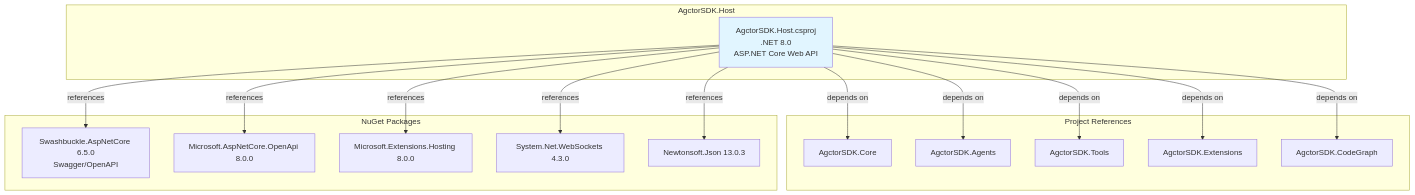
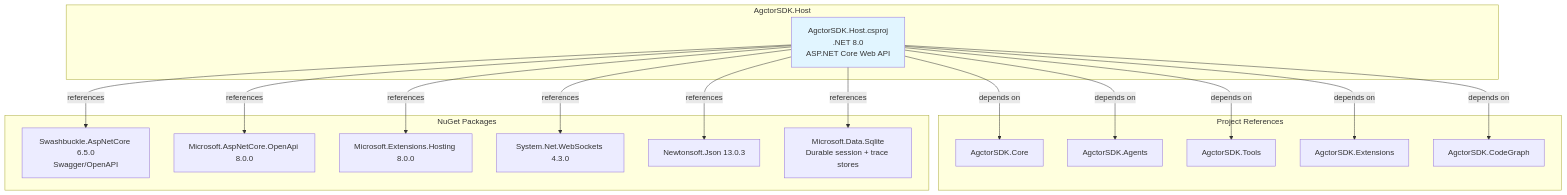
The diagram in AgctorSDK.Host/docs/dependencies-diagram.mmd (rahamohebbi/Agctor), drawn with Mermaid before and after one commit. The commit also changed 29 other files, not shown here.

First line of the commit message:
Implements durable trace history and historical timeline visualization

```diff
--- a/AgctorSDK.Host/docs/dependencies-diagram.mmd
+++ b/AgctorSDK.Host/docs/dependencies-diagram.mmd
@@ -1,33 +1,35 @@
 graph TB
     subgraph "AgctorSDK.Host"
         HostProject["AgctorSDK.Host.csproj<br/>.NET 8.0<br/>ASP.NET Core Web API"]
     end
 
     subgraph "Project References"
         CoreProject["AgctorSDK.Core"]
         AgentsProject["AgctorSDK.Agents"]
         ToolsProject["AgctorSDK.Tools"]
         ExtProject["AgctorSDK.Extensions"]
         CodeGraphProject["AgctorSDK.CodeGraph"]
     end
 
     subgraph "NuGet Packages"
         Swashbuckle["Swashbuckle.AspNetCore 6.5.0<br/>Swagger/OpenAPI"]
         OpenApi["Microsoft.AspNetCore.OpenApi 8.0.0"]
         MsHosting["Microsoft.Extensions.Hosting 8.0.0"]
         WebSockets["System.Net.WebSockets 4.3.0"]
         Newtonsoft["Newtonsoft.Json 13.0.3"]
+        Sqlite["Microsoft.Data.Sqlite<br/>Durable session + trace stores"]
     end
 
     HostProject -->|depends on| CoreProject
     HostProject -->|depends on| AgentsProject
     HostProject -->|depends on| ToolsProject
     HostProject -->|depends on| ExtProject
     HostProject -->|depends on| CodeGraphProject
     HostProject -->|references| Swashbuckle
     HostProject -->|references| OpenApi
     HostProject -->|references| MsHosting
     HostProject -->|references| WebSockets
     HostProject -->|references| Newtonsoft
+    HostProject -->|references| Sqlite
 
     style HostProject fill:#e1f5ff
```
